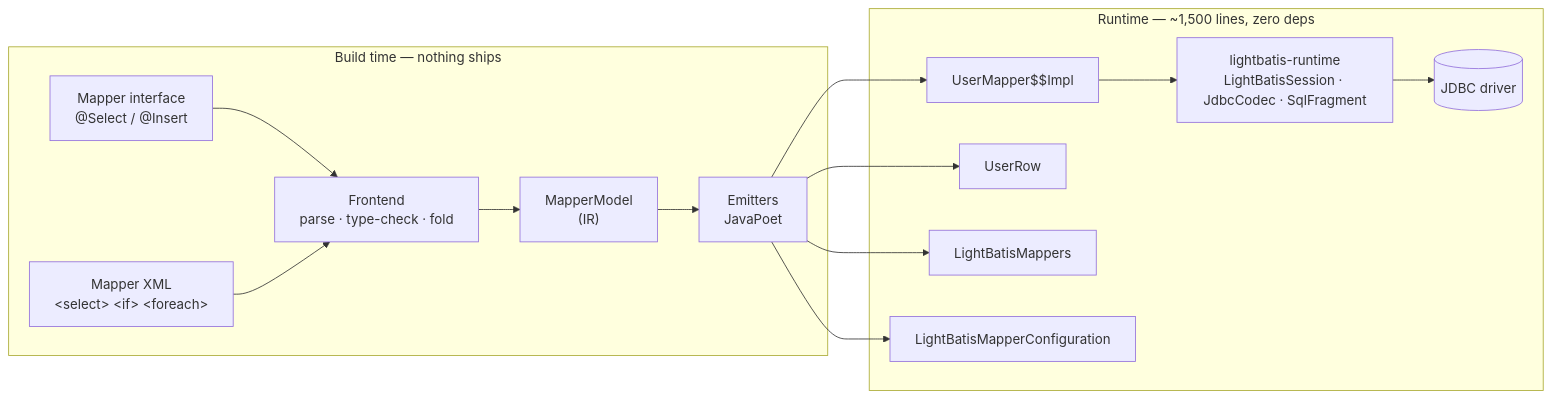
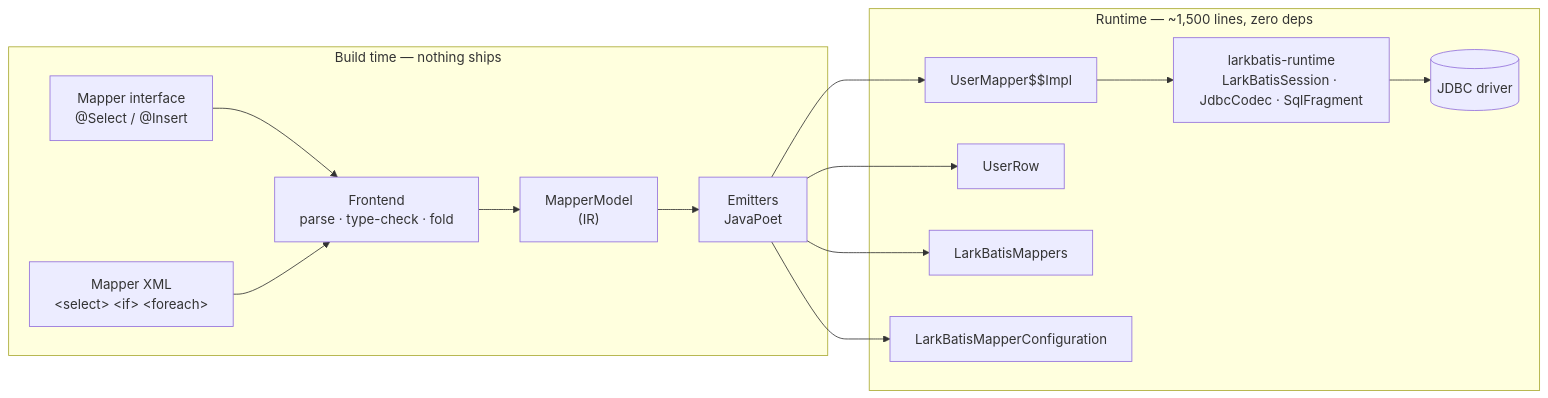
Before and after one commit to larkbatis/larkbatis.github.io: the diagram in docs/wiki/architecture.md, drawn with Mermaid. The commit also changed other lines of this file and 62 other files, not shown here.

````diff
--- a/docs/wiki/architecture.md
+++ b/docs/wiki/architecture.md
@@ -6,17 +6,17 @@
 ```mermaid
 flowchart LR
     subgraph build["Build time — nothing ships"]
         A["Mapper interface<br/>@Select / @Insert"] --> F
         B["Mapper XML<br/>&lt;select&gt; &lt;if&gt; &lt;foreach&gt;"] --> F
         F["Frontend<br/>parse · type-check · fold"] --> IR["MapperModel<br/>(IR)"]
         IR --> E["Emitters<br/>JavaPoet"]
     end
     subgraph run["Runtime — ~1,500 lines, zero deps"]
         E --> G1["UserMapper$$Impl"]
         E --> G2["UserRow"]
-        E --> G3["LightBatisMappers"]
-        E --> G4["LightBatisMapperConfiguration"]
-        G1 --> RT["lightbatis-runtime<br/>LightBatisSession · JdbcCodec · SqlFragment"]
+        E --> G3["LarkBatisMappers"]
+        E --> G4["LarkBatisMapperConfiguration"]
+        G1 --> RT["larkbatis-runtime<br/>LarkBatisSession · JdbcCodec · SqlFragment"]
         RT --> JDBC[("JDBC driver")]
     end
 ```
````
